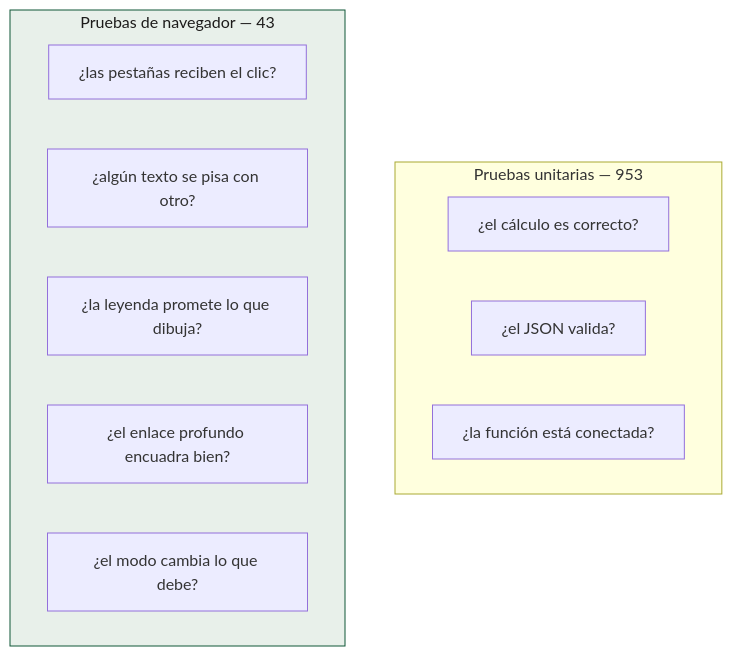
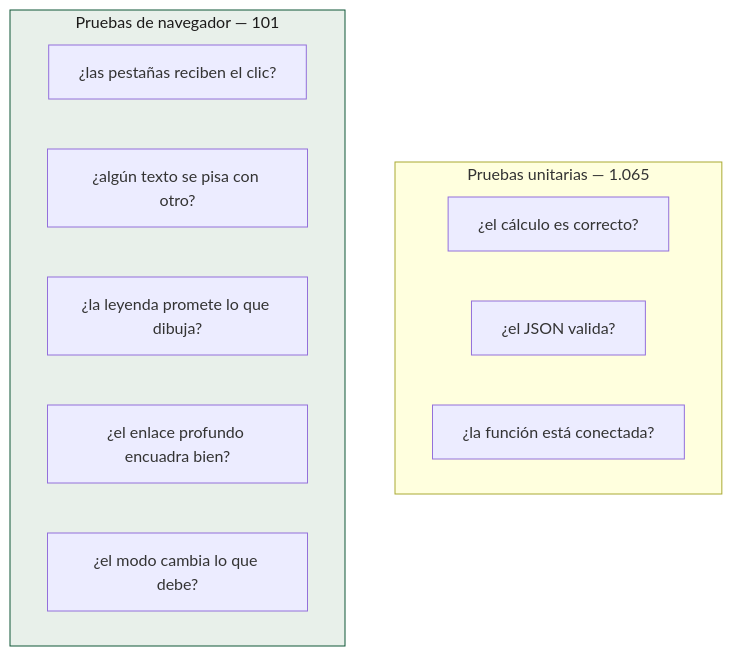
Before and after one commit to sforero77/CENTINELA: the diagram in docs/visor/validacion.md, drawn with Mermaid. The commit also changed other lines of this file and 12 other files, not shown here.

````diff
--- a/docs/visor/validacion.md
+++ b/docs/visor/validacion.md
@@ -13,17 +13,17 @@
 ```mermaid
 flowchart TB
-  subgraph unit["Pruebas unitarias — 953"]
+  subgraph unit["Pruebas unitarias — 1.065"]
     U1["¿el cálculo es correcto?"]
     U2["¿el JSON valida?"]
     U3["¿la función está conectada?"]
   end
-  subgraph visor["Pruebas de navegador — 43"]
+  subgraph visor["Pruebas de navegador — 101"]
     V1["¿las pestañas reciben el clic?"]
     V2["¿algún texto se pisa con otro?"]
     V3["¿la leyenda promete lo que dibuja?"]
     V4["¿el enlace profundo encuadra bien?"]
     V5["¿el modo cambia lo que debe?"]
   end
 
   style visor fill:#e8f0ea,stroke:#0f5636,color:#1c1b1a
 ```
````
